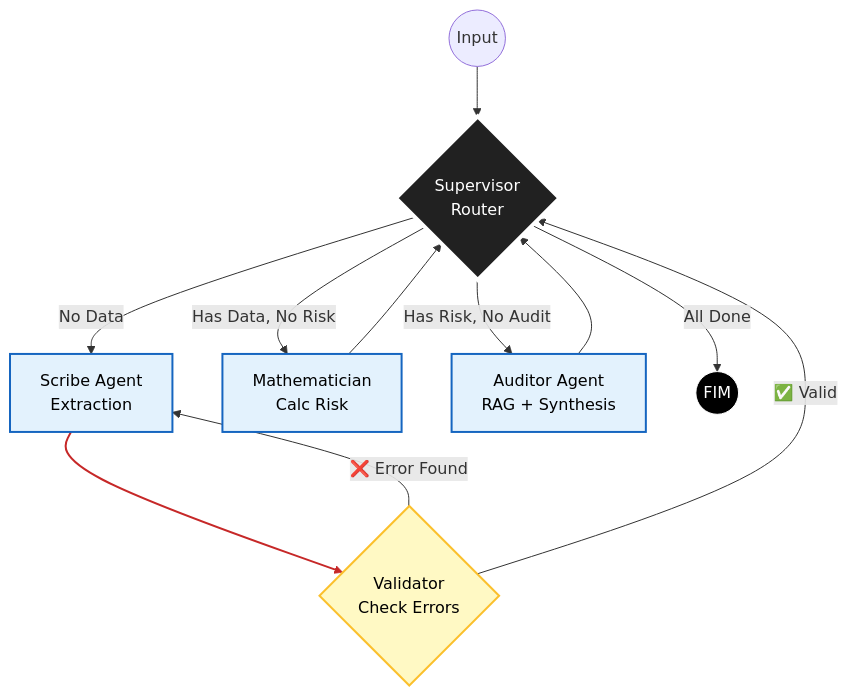
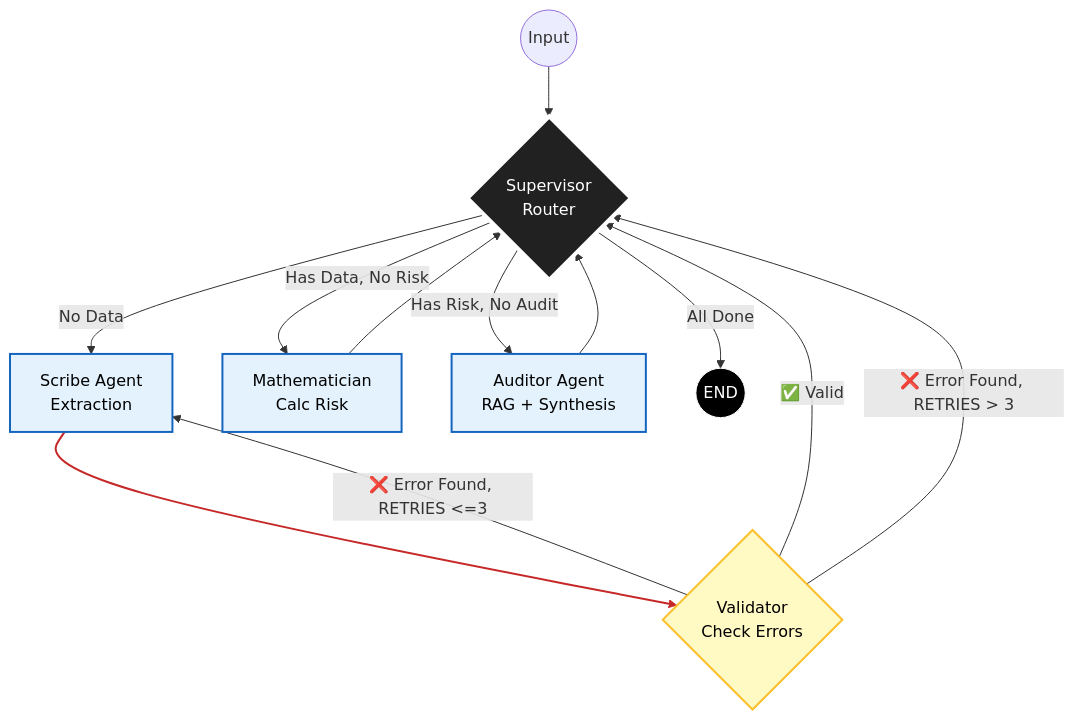
The diagram in diagram.md (olavodd42/trialogic), drawn with Mermaid before and after one commit. The commit also changed 5 other files, not shown here.

````diff
--- a/diagram.md
+++ b/diagram.md
@@ -1,37 +1,38 @@
 ```mermaid
 graph TD
     %% Estilos
     classDef hub fill:#212121,stroke:#fff,stroke-width:4px,color:#fff;
     classDef agent fill:#e3f2fd,stroke:#1565c0,stroke-width:2px,color:#000;
     classDef check fill:#fff9c4,stroke:#fbc02d,stroke-width:2px,color:#000;
     classDef endnode fill:#000,stroke:#fff,color:#fff;
 
     Start((Input)) --> Supervisor
 
     %% O Hub Central
     Supervisor{Supervisor<br>Router}:::hub
 
     %% Os Agentes
     Scribe[Scribe Agent<br>Extraction]:::agent
     Validator{Validator<br>Check Errors}:::check
     Mathematician[Mathematician<br>Calc Risk]:::agent
     Auditor[Auditor Agent<br>RAG + Synthesis]:::agent
     
     %% O Fluxo Controlado pelo Supervisor
     Supervisor -- "No Data" --> Scribe
     Supervisor -- "Has Data, No Risk" --> Mathematician
     Supervisor -- "Has Risk, No Audit" --> Auditor
-    Supervisor -- "All Done" --> End((FIM)):::endnode
+    Supervisor -- "All Done" --> End((END)):::endnode
 
     %% O Loop de Validação (A única aresta que foge do Supervisor)
     Scribe --> Validator
-    Validator -- "❌ Error Found" --> Scribe
+    Validator -- "❌ Error Found, RETRIES <=3" --> Scribe
     Validator -- "✅ Valid" --> Supervisor
+    Validator -- "❌ Error Found, RETRIES > 3" --> Supervisor
 
     %% Retornos ao Hub
     Mathematician --> Supervisor
     Auditor --> Supervisor
 
     %% Links de Estilo
     linkStyle 5 stroke:#c62828,stroke-width:2px;
 ```
````
